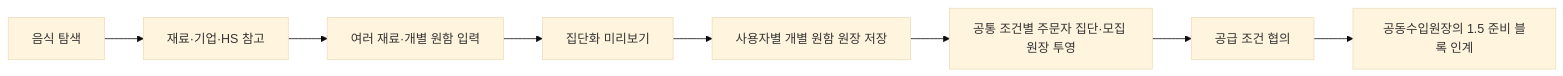
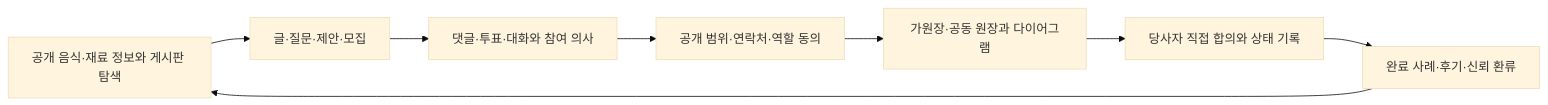
The diagram in docs/Versions/v0.0/focus-roadmap.md (cheolwo/hongdal), drawn with Mermaid (base theme) before and after one commit. The commit also changed other lines of this file and 22 other files, not shown here.

````diff
--- a/docs/Versions/v0.0/focus-roadmap.md
+++ b/docs/Versions/v0.0/focus-roadmap.md
@@ -23,10 +26,10 @@
 ```mermaid
 flowchart LR
-    A["음식 탐색"] --> B["재료·기업·HS 참고"]
-    B --> C["여러 재료·개별 원함 입력"]
-    C --> D["집단화 미리보기"]
-    D --> E["사용자별 개별 원함 원장 저장"]
-    E --> F["공통 조건별 주문자 집단·모집 원장 투영"]
-    F --> G["공급 조건 협의"]
-    G --> H["공동수입원장의 1.5 준비 블록 인계"]
+    A["공개 음식·재료 정보와 게시판 탐색"] --> B["글·질문·제안·모집"]
+    B --> C["댓글·투표·대화와 참여 의사"]
+    C --> D["공개 범위·연락처·역할 동의"]
+    D --> E["가원장·공동 원장과 다이어그램"]
+    E --> F["당사자 직접 합의와 상태 기록"]
+    F --> G["완료 사례·후기·신뢰 환류"]
+    G --> A
 ```
````
